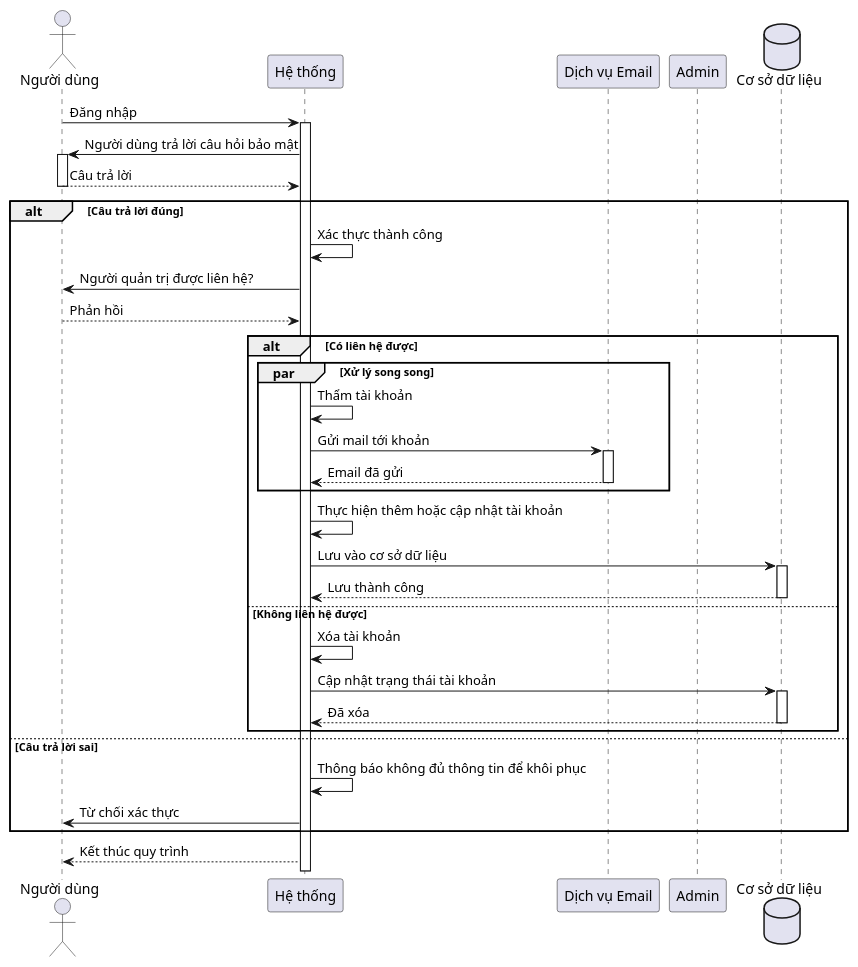
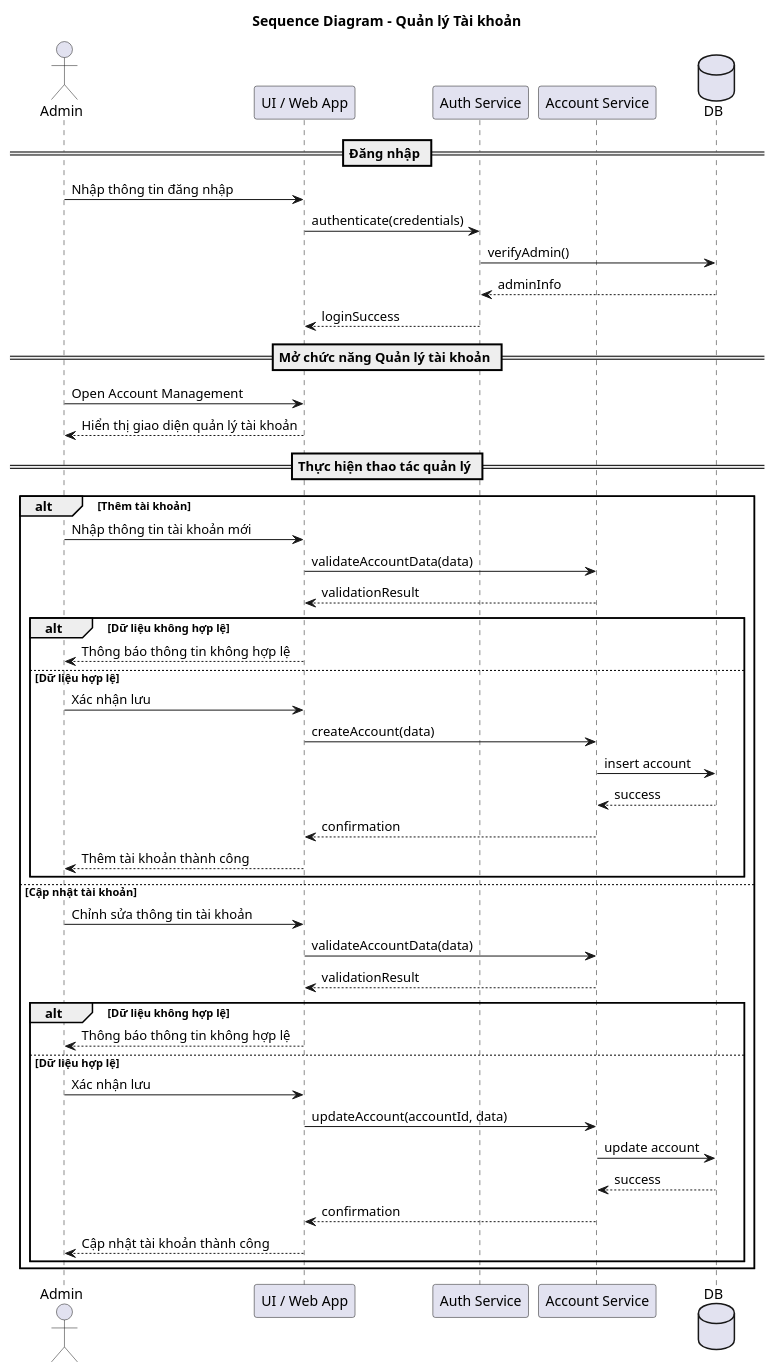
The diagram in Diagram/Sequence/Admin/ManageAccount.plantuml (DiagaticSnith/goshop), drawn with PlantUML before and after one commit. The commit also changed 64 other files, not shown here.

```diff
--- a/Diagram/Sequence/Admin/ManageAccount.plantuml
+++ b/Diagram/Sequence/Admin/ManageAccount.plantuml
@@ -1,53 +1,55 @@
-@startuml Sequence Admin Manage Account
+@startuml
+title Sequence Diagram - Quản lý Tài khoản
 
-actor "Người dùng" as User
-participant "Hệ thống" as System
-participant "Dịch vụ Email" as EmailService
-participant "Admin" as Admin
-database "Cơ sở dữ liệu" as DB
+actor Admin
+participant "UI / Web App" as UI
+participant "Auth Service" as Auth
+participant "Account Service" as AccSvc
+database DB
 
-User -> System: Đăng nhập
-activate System
+== Đăng nhập ==
+Admin -> UI : Nhập thông tin đăng nhập
+UI -> Auth : authenticate(credentials)
+Auth -> DB : verifyAdmin()
+DB --> Auth : adminInfo
+Auth --> UI : loginSuccess
 
-System -> User: Người dùng trả lời câu hỏi bảo mật
-activate User
-User --> System: Câu trả lời
-deactivate User
+== Mở chức năng Quản lý tài khoản ==
+Admin -> UI : Open Account Management
+UI --> Admin : Hiển thị giao diện quản lý tài khoản
 
-alt Câu trả lời đúng
-    System -> System: Xác thực thành công
-    
-    System -> User: Người quản trị được liên hệ?
-    User --> System: Phản hồi
-    
-    alt Có liên hệ được
-        par Xử lý song song
-            System -> System: Thẩm tài khoản
-            System -> EmailService: Gửi mail tới khoản
-            activate EmailService
-            EmailService --> System: Email đã gửi
-            deactivate EmailService
-        end
-        
-        System -> System: Thực hiện thêm hoặc cập nhật tài khoản
-        System -> DB: Lưu vào cơ sở dữ liệu
-        activate DB
-        DB --> System: Lưu thành công
-        deactivate DB
-        
-    else Không liên hệ được
-        System -> System: Xóa tài khoản
-        System -> DB: Cập nhật trạng thái tài khoản
-        activate DB
-        DB --> System: Đã xóa
-        deactivate DB
+== Thực hiện thao tác quản lý ==
+alt Thêm tài khoản
+    Admin -> UI : Nhập thông tin tài khoản mới
+    UI -> AccSvc : validateAccountData(data)
+    AccSvc --> UI : validationResult
+
+    alt Dữ liệu không hợp lệ
+        UI --> Admin : Thông báo thông tin không hợp lệ
+    else Dữ liệu hợp lệ
+        Admin -> UI : Xác nhận lưu
+        UI -> AccSvc : createAccount(data)
+        AccSvc -> DB : insert account
+        DB --> AccSvc : success
+        AccSvc --> UI : confirmation
+        UI --> Admin : Thêm tài khoản thành công
     end
-    
-else Câu trả lời sai
-    System -> System: Thông báo không đủ thông tin để khôi phục
-    System -> User: Từ chối xác thực
+
+else Cập nhật tài khoản
+    Admin -> UI : Chỉnh sửa thông tin tài khoản
+    UI -> AccSvc : validateAccountData(data)
+    AccSvc --> UI : validationResult
+
+    alt Dữ liệu không hợp lệ
+        UI --> Admin : Thông báo thông tin không hợp lệ
+    else Dữ liệu hợp lệ
+        Admin -> UI : Xác nhận lưu
+        UI -> AccSvc : updateAccount(accountId, data)
+        AccSvc -> DB : update account
+        DB --> AccSvc : success
+        AccSvc --> UI : confirmation
+        UI --> Admin : Cập nhật tài khoản thành công
+    end
 end
 
-System --> User: Kết thúc quy trình
-
 @enduml
```
